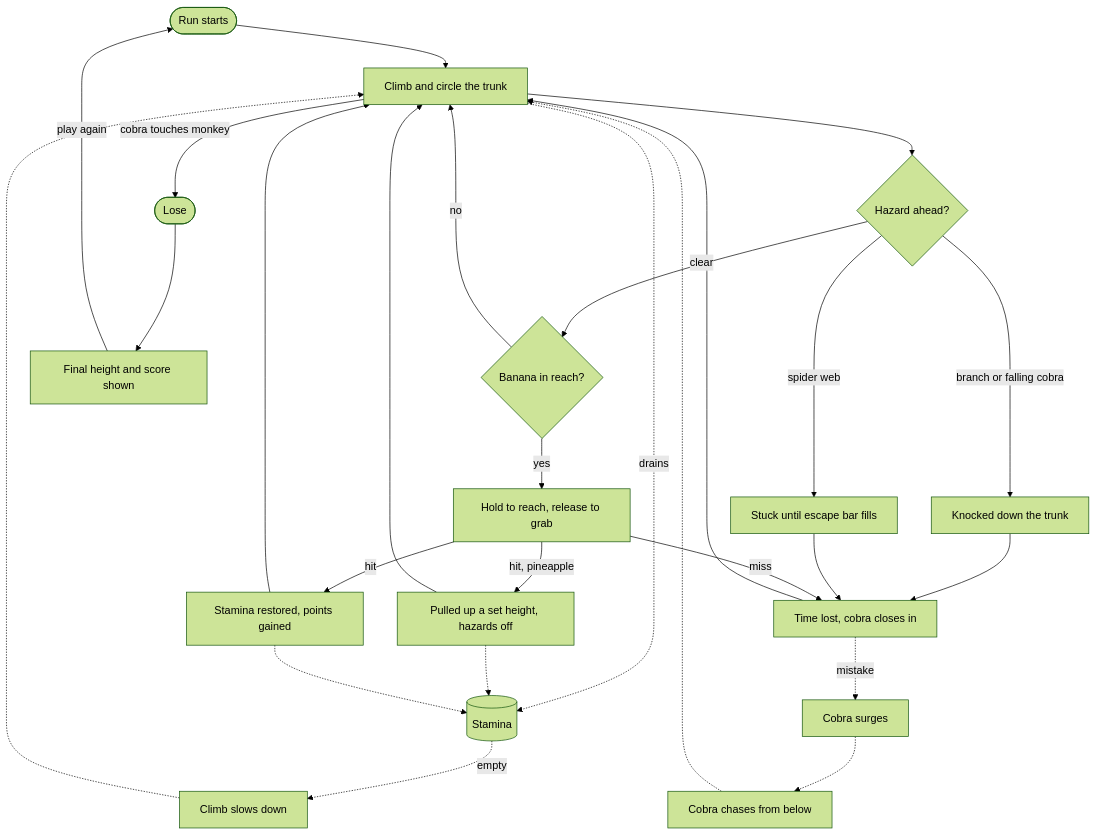
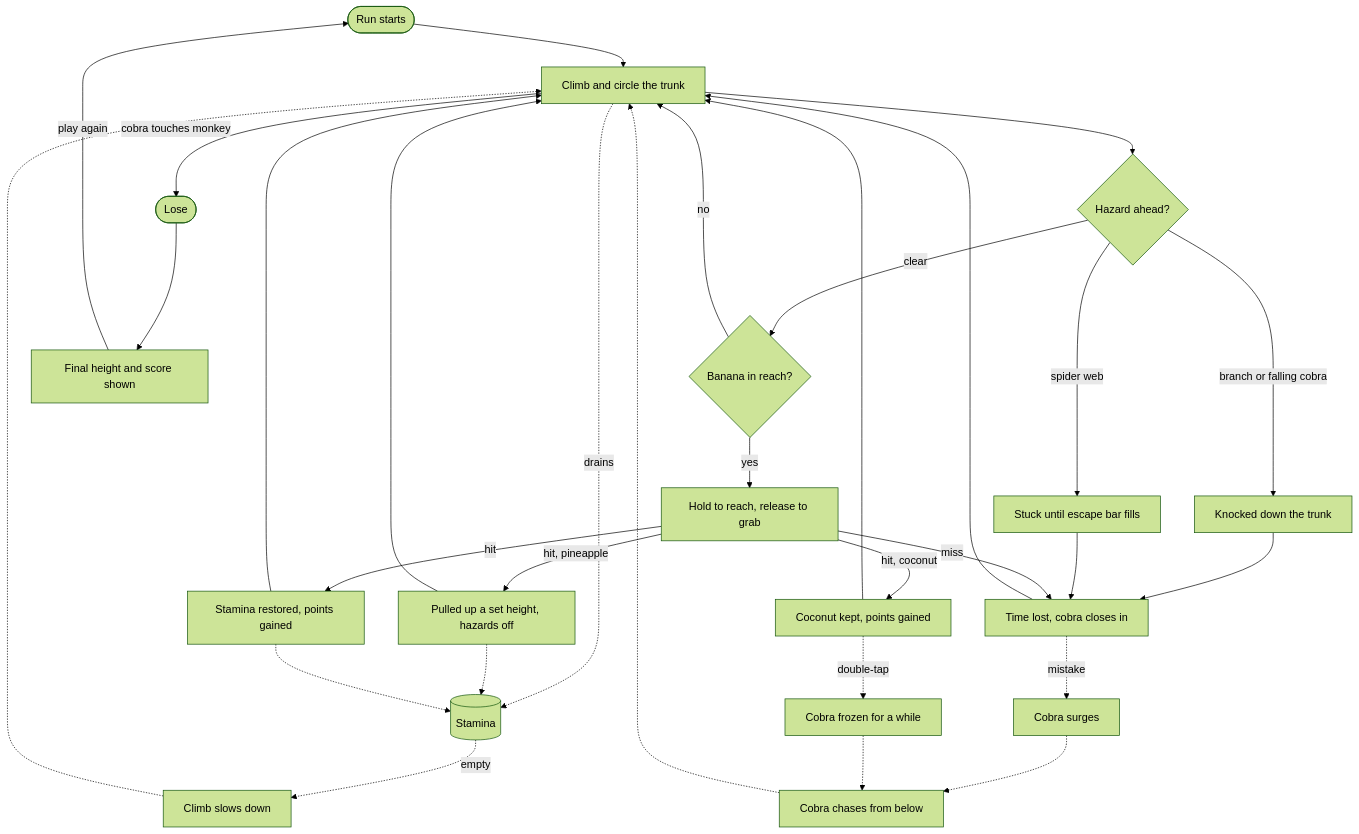
One commit to CSCI-526/Team4-Lu_Lu changed the diagram in docs/gameplay-loop-doc.md. Above: the diagram before and after it, drawn with Mermaid (forest theme). The commit also changed other lines of this file and 6 other files, not shown here.

Commit message:
Document the coconut item in CONTEXT and the design, grab, mob, balance and gameplay loop docs so its spawn, use and cobra freeze are described where each system lives.

````diff
--- a/docs/gameplay-loop-doc.md
+++ b/docs/gameplay-loop-doc.md
@@ -7,33 +7,37 @@
 ```mermaid
 graph TD
   Start([Run starts]) --> Climb[Climb and circle the trunk]
   Cobra[Cobra chases from below] -.-> Climb
   Climb -.->|drains| Stamina[(Stamina)]
 
   Climb --> Hazard{Hazard ahead?}
   Hazard -->|branch or falling cobra| Hit[Knocked down the trunk]
   Hazard -->|spider web| Stuck[Stuck until escape bar fills]
   Hit --> Cost[Time lost, cobra closes in]
   Stuck --> Cost
   Cost -.->|mistake| Surge[Cobra surges]
   Surge -.-> Cobra
   Cost --> Climb
 
   Hazard -->|clear| Banana{Banana in reach?}
   Banana -->|no| Climb
   Banana -->|yes| Grab[Hold to reach, release to grab]
   Grab -->|hit| Restore[Stamina restored, points gained]
   Grab -->|miss| Cost
   Grab -->|hit, pineapple| Leap[Pulled up a set height, hazards off]
   Leap -.-> Stamina
   Leap --> Climb
   Restore -.-> Stamina
+  Grab -->|hit, coconut| Kept[Coconut kept, points gained]
+  Kept --> Climb
+  Kept -.->|double-tap| Freeze[Cobra frozen for a while]
+  Freeze -.-> Cobra
   Restore --> Climb
 
   Stamina -.->|empty| Slow[Climb slows down]
   Slow -.-> Climb
 
   Climb -->|cobra touches monkey| Lose([Lose])
   Lose --> Result[Final height and score shown]
   Result -->|play again| Start
 ```
````
